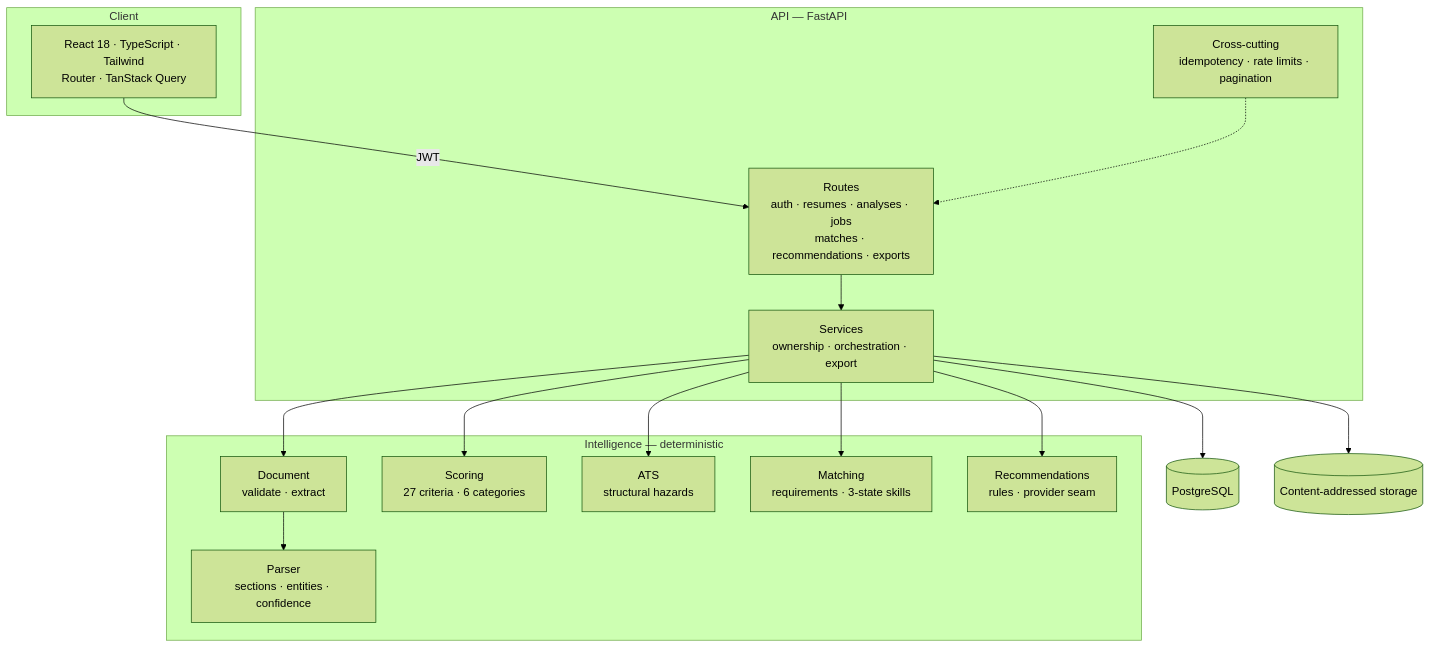
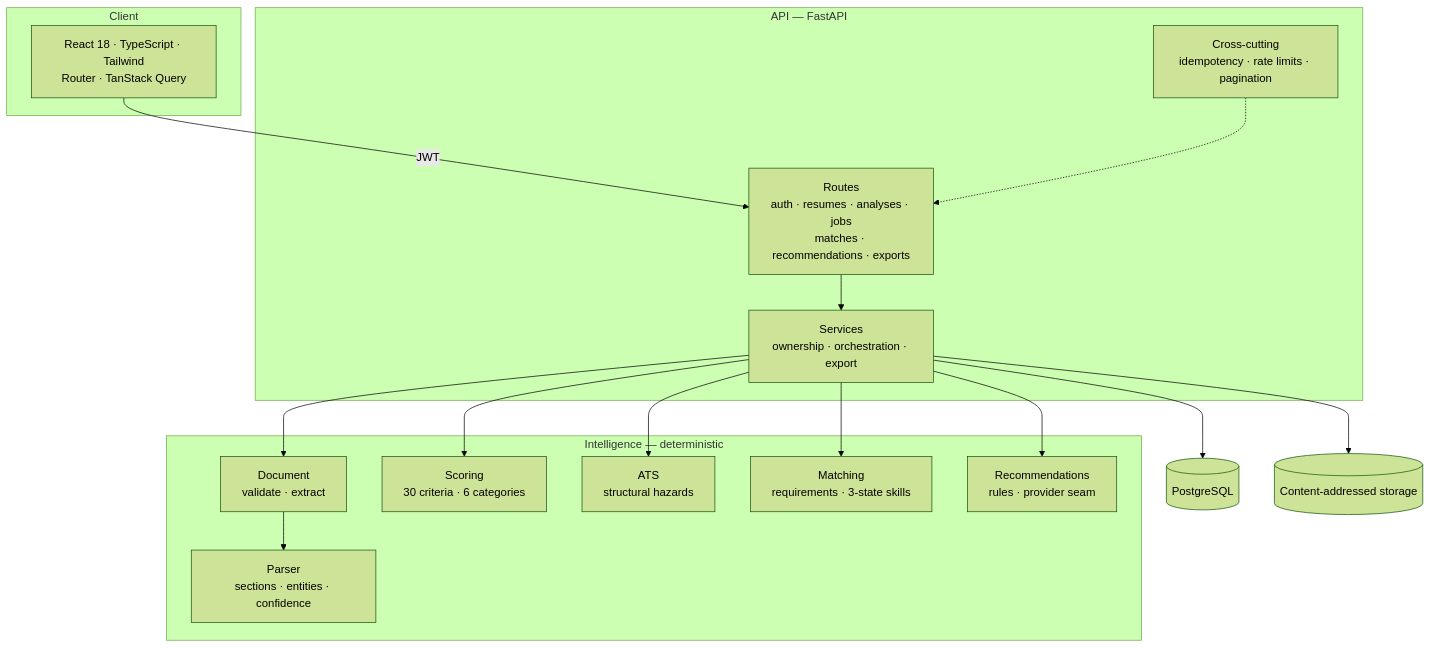
Before and after one commit to tdzoro/Potencia: the third of 3 diagrams in README.md, drawn with Mermaid (forest theme). The commit also changed other lines of this file and 8 other files, not shown here.

First line of the commit message:
Correct the criteria count and document how each figure is produced

````diff
--- a/README.md
+++ b/README.md
@@ -359,31 +359,31 @@
 ```mermaid
 flowchart TB
     subgraph Client
         UI[React 18 · TypeScript · Tailwind<br/>Router · TanStack Query]
     end
     subgraph API["API — FastAPI"]
         R[Routes<br/>auth · resumes · analyses · jobs<br/>matches · recommendations · exports]
         S[Services<br/>ownership · orchestration · export]
         X[Cross-cutting<br/>idempotency · rate limits · pagination]
     end
     subgraph Intelligence["Intelligence — deterministic"]
         D[Document<br/>validate · extract]
         P[Parser<br/>sections · entities · confidence]
-        SC[Scoring<br/>27 criteria · 6 categories]
+        SC[Scoring<br/>30 criteria · 6 categories]
         AT[ATS<br/>structural hazards]
         M[Matching<br/>requirements · 3-state skills]
         RC[Recommendations<br/>rules · provider seam]
     end
     DB[(PostgreSQL)]
     FS[(Content-addressed storage)]
 
     UI -->|JWT| R --> S
     S --> D --> P
     S --> SC
     S --> AT
     S --> M
     S --> RC
     S --> DB
     S --> FS
     X -.-> R
 ```
````
